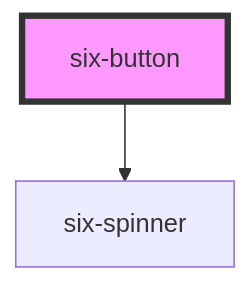
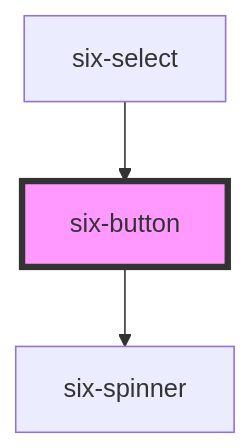
The diagram in docs/components/six-button.md (six-group/six-webcomponents), drawn with Mermaid before and after one commit. The commit also changed other lines of this file and 129 other files, not shown here.

First line of the commit message:
feature: improve `six-select` functionality and appearance

````diff
--- a/docs/components/six-button.md
+++ b/docs/components/six-button.md
@@ -342,5 +352,6 @@
 ```mermaid
 graph TD;
   six-button --> six-spinner
+  six-select --> six-button
   style six-button fill:#f9f,stroke:#333,stroke-width:4px
 ```
````
